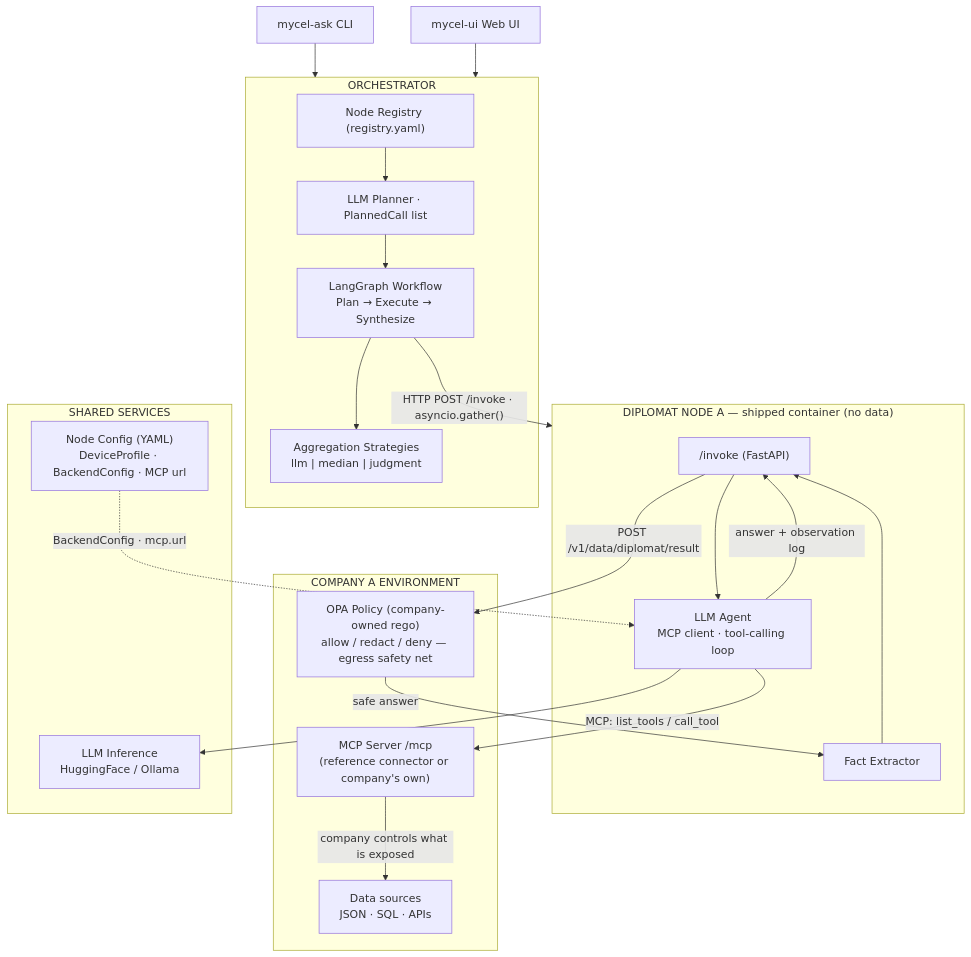
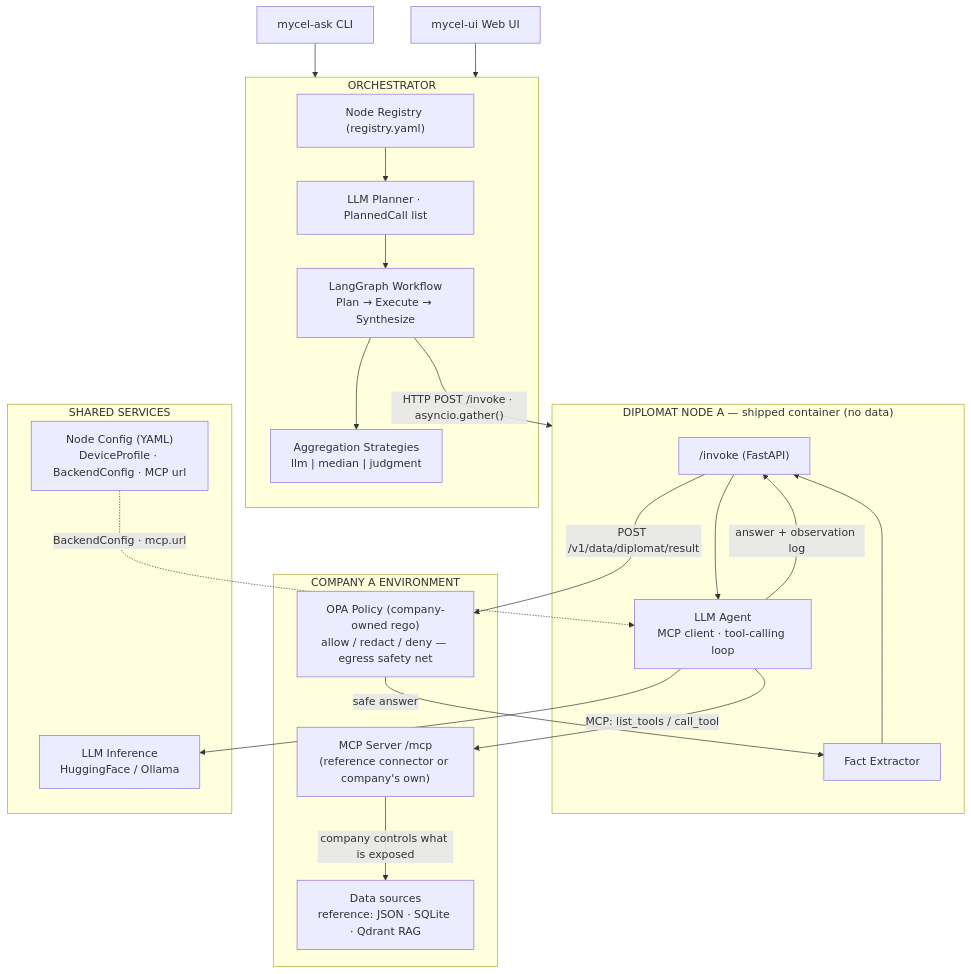
The diagram in docs/architecture.md (johko/mycel), drawn with Mermaid before and after one commit. The commit also changed other lines of this file and 29 other files, not shown here.

````diff
--- a/docs/architecture.md
+++ b/docs/architecture.md
@@ -1,47 +1,47 @@
 ```mermaid
 graph TD
     CLI["mycel-ask CLI"]
     UI["mycel-ui Web UI"]
 
     subgraph Orch["ORCHESTRATOR"]
         Registry["Node Registry (registry.yaml)"]
         Planner["LLM Planner · PlannedCall list"]
         Graph["LangGraph Workflow\nPlan → Execute → Synthesize"]
         Strat["Aggregation Strategies\nllm | median | judgment"]
     end
 
     subgraph NodeA["DIPLOMAT NODE A — shipped container (no data)"]
         InvokeA["/invoke  (FastAPI)"]
         AgentA["LLM Agent\nMCP client · tool-calling loop"]
         ExtractA["Fact Extractor"]
     end
 
     subgraph CoA["COMPANY A ENVIRONMENT"]
         MCPA["MCP Server /mcp\n(reference connector or company's own)"]
-        DSA["Data sources\nJSON · SQL · APIs"]
+        DSA["Data sources\nreference: JSON · SQLite · Qdrant RAG"]
         PolicyA["OPA Policy (company-owned rego)\nallow / redact / deny — egress safety net"]
     end
 
     subgraph Ext["SHARED SERVICES"]
         LLM["LLM Inference\nHuggingFace / Ollama"]
         Cfg["Node Config (YAML)\nDeviceProfile · BackendConfig · MCP url"]
     end
 
     CLI --> Orch
     UI --> Orch
     Registry --> Planner
     Planner --> Graph
     Graph --> Strat
     Graph -->|"HTTP POST /invoke · asyncio.gather()"| NodeA
 
     InvokeA --> AgentA
     AgentA -->|"MCP: list_tools / call_tool"| MCPA
     MCPA -->|"company controls what is exposed"| DSA
     AgentA -->|"answer + observation log"| InvokeA
     InvokeA -->|"POST /v1/data/diplomat/result"| PolicyA
     PolicyA -->|"safe answer"| ExtractA
     ExtractA --> InvokeA
     AgentA --> LLM
 
     Cfg -.->|"BackendConfig · mcp.url"| AgentA
 ```
````
